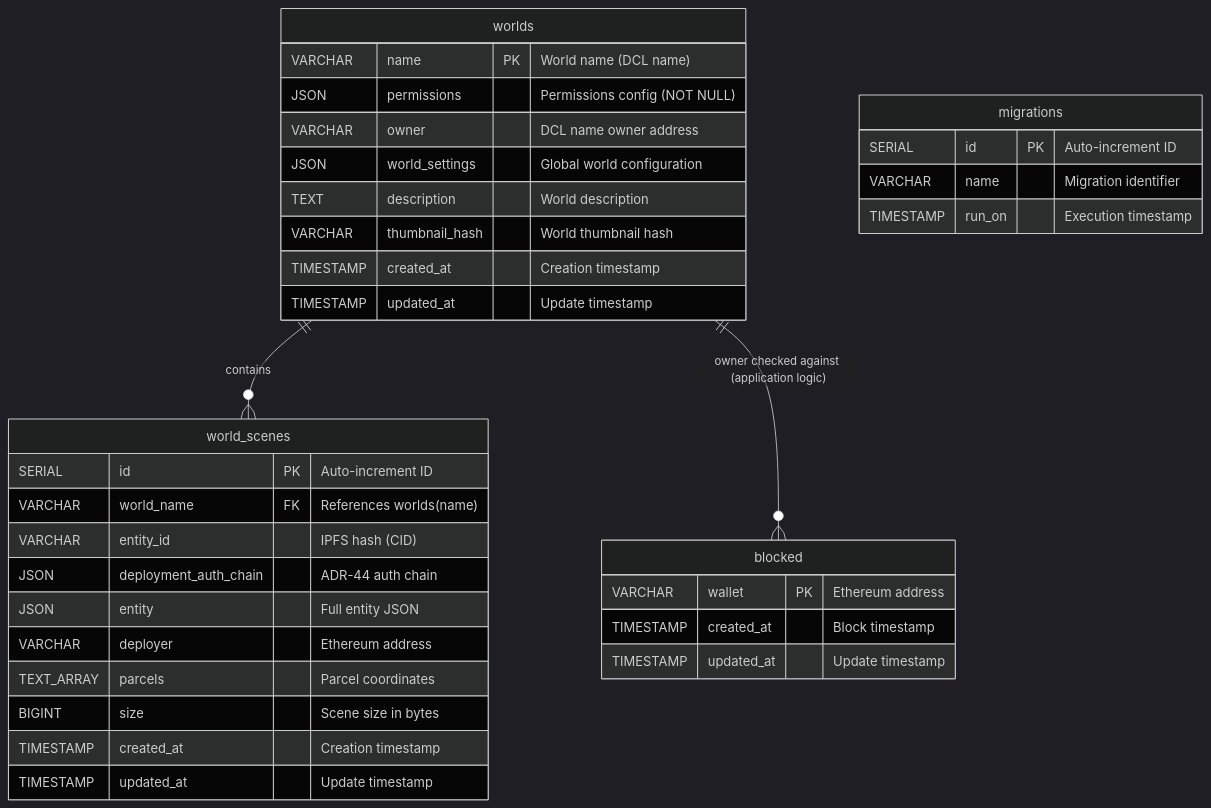
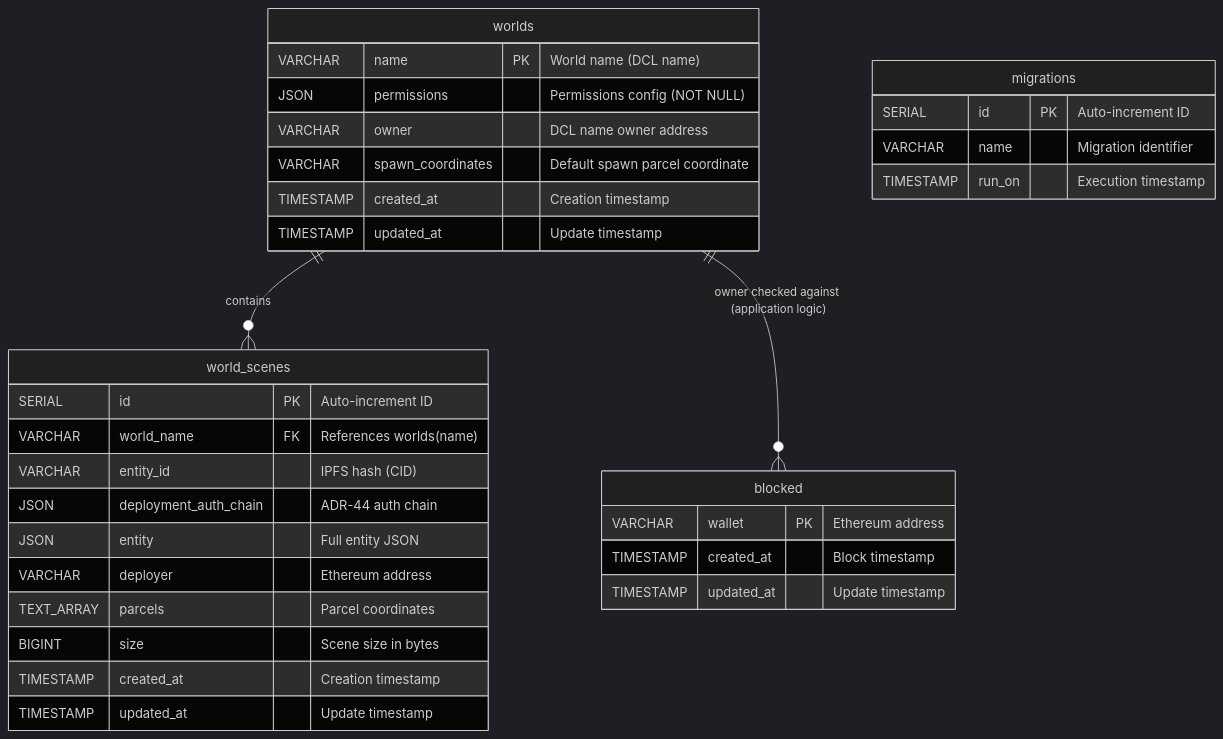
Before and after one commit to decentraland/worlds-content-server: the diagram in docs/database-schema.md, drawn with Mermaid (dark theme). The commit also changed other lines of this file and 3 other files, not shown here.

````diff
--- a/docs/database-schema.md
+++ b/docs/database-schema.md
@@ -18,41 +18,39 @@
 ```mermaid
 erDiagram
     worlds {
         VARCHAR name PK "World name (DCL name)"
         JSON permissions "Permissions config (NOT NULL)"
         VARCHAR owner "DCL name owner address"
-        JSON world_settings "Global world configuration"
-        TEXT description "World description"
-        VARCHAR thumbnail_hash "World thumbnail hash"
+        VARCHAR spawn_coordinates "Default spawn parcel coordinate"
         TIMESTAMP created_at "Creation timestamp"
         TIMESTAMP updated_at "Update timestamp"
     }
 
     world_scenes {
         SERIAL id PK "Auto-increment ID"
         VARCHAR world_name FK "References worlds(name)"
         VARCHAR entity_id "IPFS hash (CID)"
         JSON deployment_auth_chain "ADR-44 auth chain"
         JSON entity "Full entity JSON"
         VARCHAR deployer "Ethereum address"
         TEXT_ARRAY parcels "Parcel coordinates"
         BIGINT size "Scene size in bytes"
         TIMESTAMP created_at "Creation timestamp"
         TIMESTAMP updated_at "Update timestamp"
     }
 
     blocked {
         VARCHAR wallet PK "Ethereum address"
         TIMESTAMP created_at "Block timestamp"
         TIMESTAMP updated_at "Update timestamp"
     }
 
     migrations {
         SERIAL id PK "Auto-increment ID"
         VARCHAR name "Migration identifier"
         TIMESTAMP run_on "Execution timestamp"
     }
 
     worlds ||--o{ world_scenes : "contains"
     worlds ||--o{ blocked : "owner checked against (application logic)"
 ```
````
